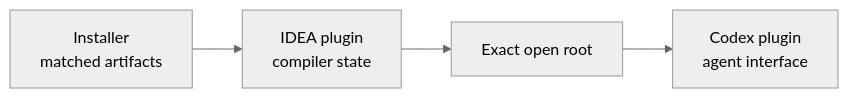
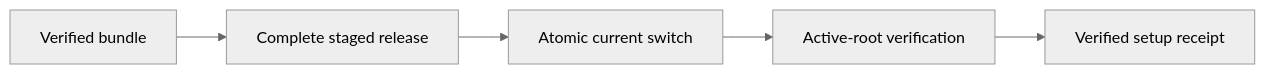
Before and after one commit to amichne/kast: the diagram in docs/design/operating-model.md, drawn with Mermaid (neutral theme). The commit also changed other lines of this file and 119 other files, not shown here.

````diff
--- a/docs/design/operating-model.md
+++ b/docs/design/operating-model.md
@@ -18,6 +18,7 @@
 ```mermaid
 flowchart LR
-    install["Installer\nmatched artifacts"] --> idea["IDEA plugin\ncompiler state"]
-    idea --> root["Exact open root"]
-    root --> codex["Codex plugin\nagent interface"]
+    bundle["Verified bundle"] --> stage["Complete staged release"]
+    stage --> current["Atomic current switch"]
+    current --> ready["Active-root verification"]
+    ready --> receipt["Verified setup receipt"]
 ```
````
